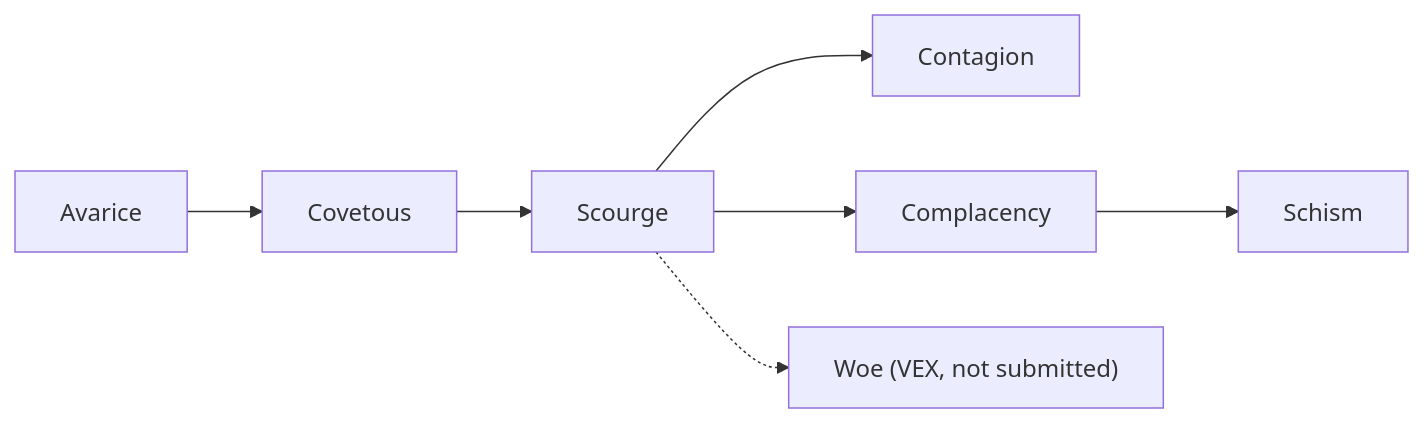
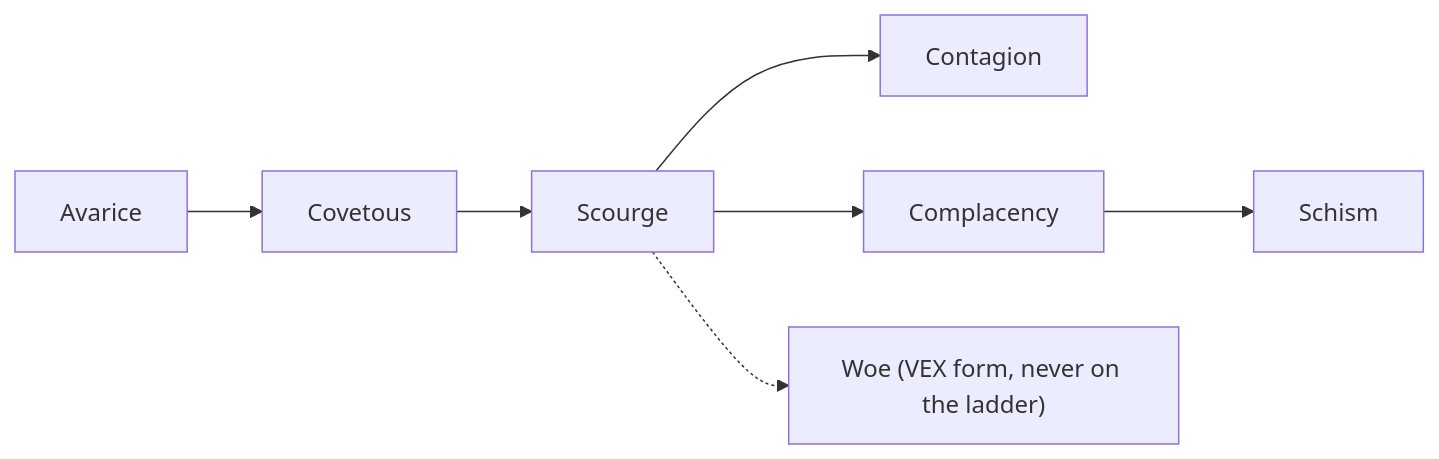
Before and after one commit to avarice-dev/AI-CellHack2: the second of 2 diagrams in architecture/cells-and-experiments.md, drawn with Mermaid. The commit also changed other lines of this file, not shown here.

````diff
--- a/architecture/cells-and-experiments.md
+++ b/architecture/cells-and-experiments.md
@@ -96,7 +96,7 @@
 ```mermaid
 flowchart LR
     S["Avarice"] --> C["Covetous"] --> SC["Scourge"] --> CO["Contagion"]
     SC --> CP["Complacency"]
     CP --> SM["Schism"]
-    SC -.-> W["Woe (VEX, not submitted)"]
+    SC -.-> W["Woe (VEX form, never on the ladder)"]
 ```
````
